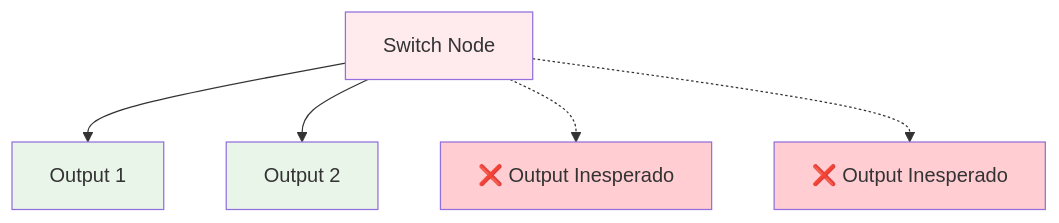
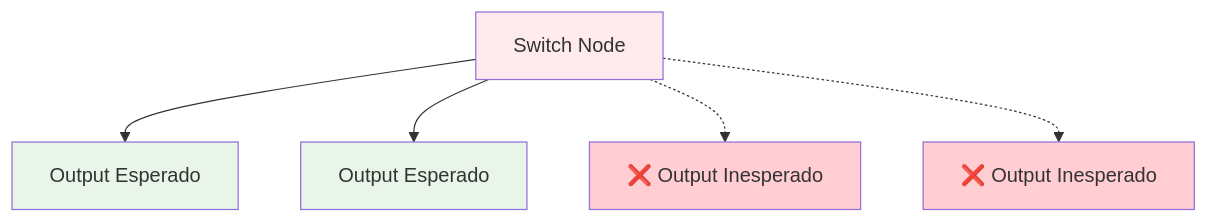
Diagram 27 of 38 in docs/logica-e-dados/01-flow-logic/splitting.md (tatyquebralayout/n8n-Doc-PT-BR), drawn with Mermaid before and after one commit. The commit also changed other lines of this file, not shown here.

````diff
--- a/docs/logica-e-dados/01-flow-logic/splitting.md
+++ b/docs/logica-e-dados/01-flow-logic/splitting.md
@@ -1025,13 +1141,13 @@
 ```mermaid
 graph TD
-    A[Switch Node] --> B[Output 1]
-    A --> C[Output 2]
+    A[Switch Node] --> B[Output Esperado]
+    A --> C[Output Esperado]
     A -.-> D[❌ Output Inesperado]
     A -.-> E[❌ Output Inesperado]
     
     style A fill:#ffebee
     style B fill:#e8f5e8
     style C fill:#e8f5e8
     style D fill:#ffcdd2
     style E fill:#ffcdd2
 ```
````
